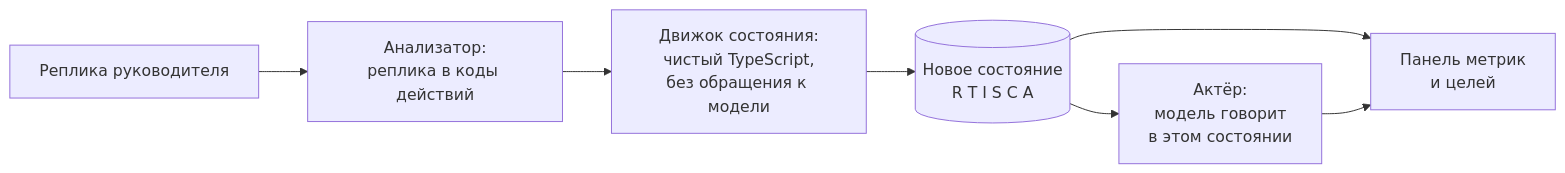
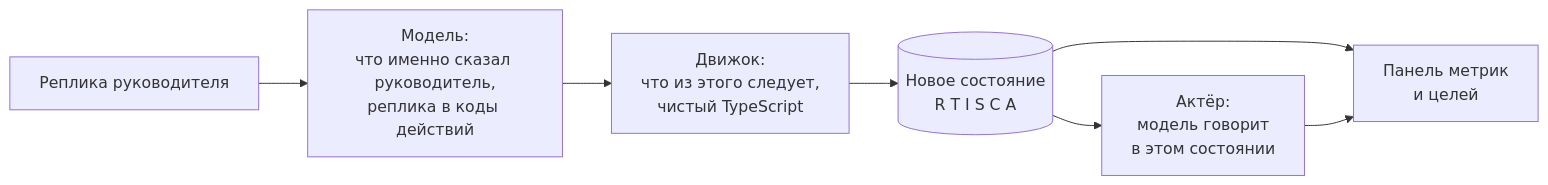
Before and after one commit to dontdoitno/lct-negotiation: the diagram in docs-site/index.md, drawn with Mermaid. The commit also changed other lines of this file and 4 other files, not shown here.

````diff
--- a/docs-site/index.md
+++ b/docs-site/index.md
@@ -15,9 +21,9 @@
 ```mermaid
 flowchart LR
-    P[Реплика руководителя] --> A[Анализатор:<br/>реплика в коды действий]
-    A --> E[Движок состояния:<br/>чистый TypeScript,<br/>без обращения к модели]
+    P[Реплика руководителя] --> A[Модель:<br/>что именно сказал руководитель,<br/>реплика в коды действий]
+    A --> E[Движок:<br/>что из этого следует,<br/>чистый TypeScript]
     E --> S[(Новое состояние<br/>R T I S C A)]
     S --> ACT[Актёр:<br/>модель говорит<br/>в этом состоянии]
     S --> UI[Панель метрик<br/>и целей]
     ACT --> UI
 ```
````
